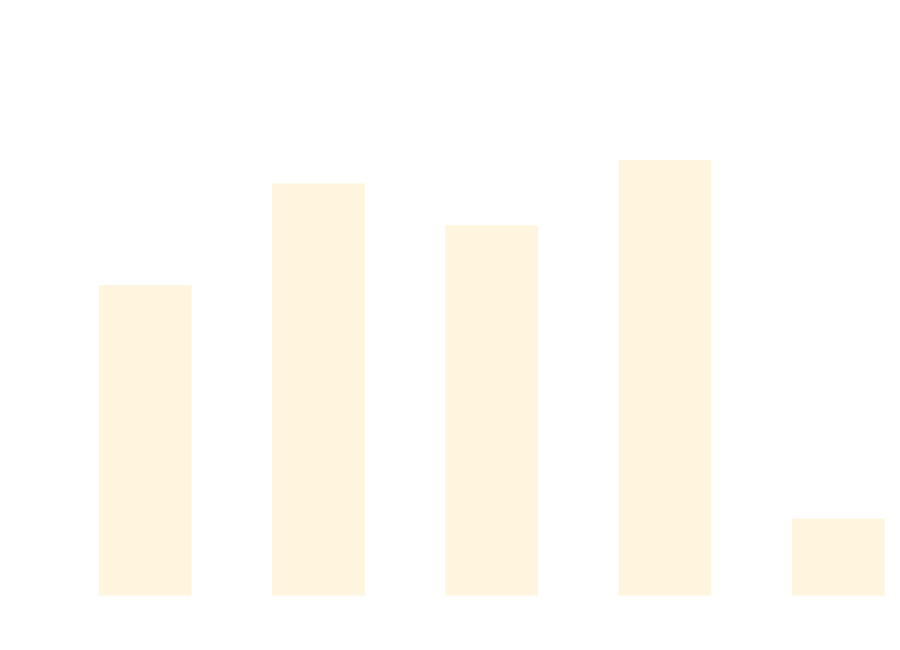
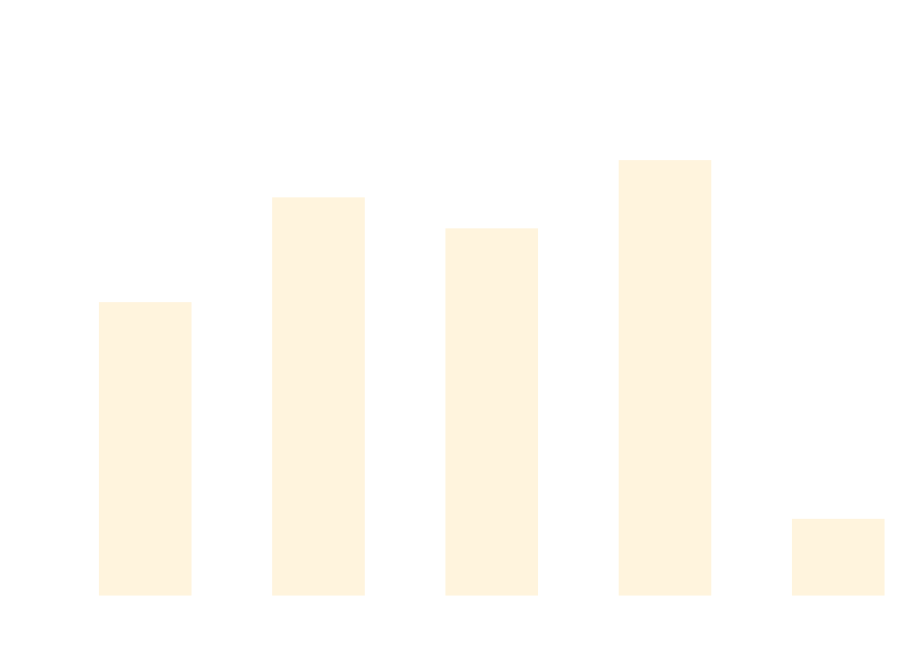
One commit to thomhurst/TUnit changed the diagram in docs/docs/benchmarks/AsyncTests.md. Above: the diagram before and after it, drawn with Mermaid. The commit also changed other lines of this file and 17 other files, not shown here.

````diff
--- a/docs/docs/benchmarks/AsyncTests.md
+++ b/docs/docs/benchmarks/AsyncTests.md
@@ -27,37 +27,37 @@
 ```mermaid
 %%{init: {
   'theme':'base',
   'themeVariables': {
     'primaryColor': '#2563eb',
     'primaryTextColor': '#ffffff',
     'primaryBorderColor': '#1e40af',
     'lineColor': '#6b7280',
     'secondaryColor': '#7c3aed',
     'tertiaryColor': '#dc2626',
     'background': '#ffffff',
     'mainBkg': '#2563eb',
     'secondBkg': '#7c3aed',
     'tertiaryBkg': '#dc2626',
     'clusterBkg': '#f3f4f6',
     'edgeLabelBackground': '#ffffff',
     'tertiaryTextColor': '#1f2937',
     'pie1': '#2563eb',
     'pie2': '#7c3aed',
     'pie3': '#dc2626',
     'pie4': '#f59e0b',
     'pie5': '#10b981',
     'pie6': '#06b6d4',
     'pie7': '#ec4899',
     'pie8': '#6366f1',
     'pie9': '#84cc16',
     'pie10': '#f97316',
     'pie11': '#14b8a6',
     'pie12': '#a855f7'
   }
 }}%%
 xychart-beta
   title "AsyncTests Performance Comparison"
   x-axis ["TUnit", "NUnit", "MSTest", "xUnit3", "TUnit_AOT"]
-  y-axis "Time (ms)" 0 --> 928
-  bar [545.7, 730.1, 654.4, 772.7, 122]
+  y-axis "Time (ms)" 0 --> 932
+  bar [517, 708, 651.5, 775.9, 122]
 ```
````
